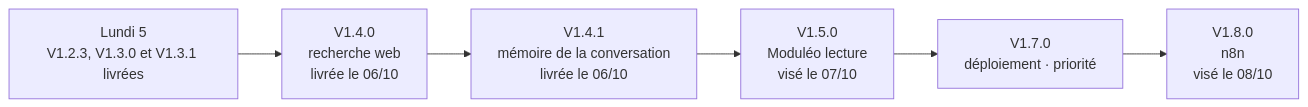
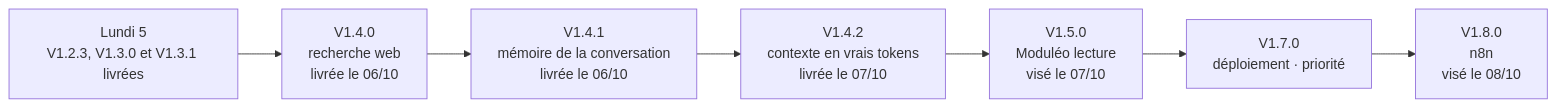
One commit to UlyssouLV/BBASS-Agents-IA changed the second of 2 diagrams in README.md. Above: the diagram before and after it, drawn with Mermaid. The commit also changed other lines of this file and 208 other files, not shown here.

First line of the commit message:
V1.4.2 — Le contexte en vrais tokens (plafond des pages web, jauge de contexte) (#149)

````diff
--- a/README.md
+++ b/README.md
@@ -38,8 +38,9 @@
 ```mermaid
 flowchart LR
   L05["Lundi 5<br/>V1.2.3, V1.3.0 et V1.3.1 livrées"] --> V140["V1.4.0<br/>recherche web<br/>livrée le 06/10"]
   V140 --> V141["V1.4.1<br/>mémoire de la conversation<br/>livrée le 06/10"]
-  V141 --> V150["V1.5.0<br/>Moduléo lecture<br/>visé le 07/10"]
+  V141 --> V142["V1.4.2<br/>contexte en vrais tokens<br/>livrée le 07/10"]
+  V142 --> V150["V1.5.0<br/>Moduléo lecture<br/>visé le 07/10"]
   V150 --> V170["V1.7.0<br/>déploiement · priorité"]
   V170 --> V180["V1.8.0<br/>n8n<br/>visé le 08/10"]
 ```
````
